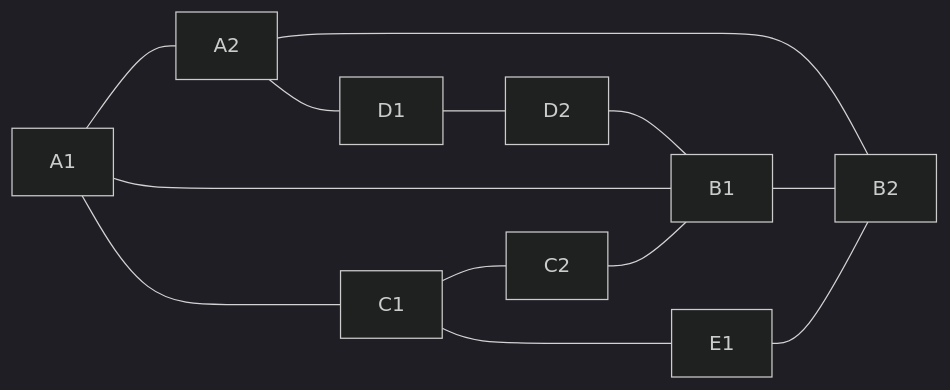
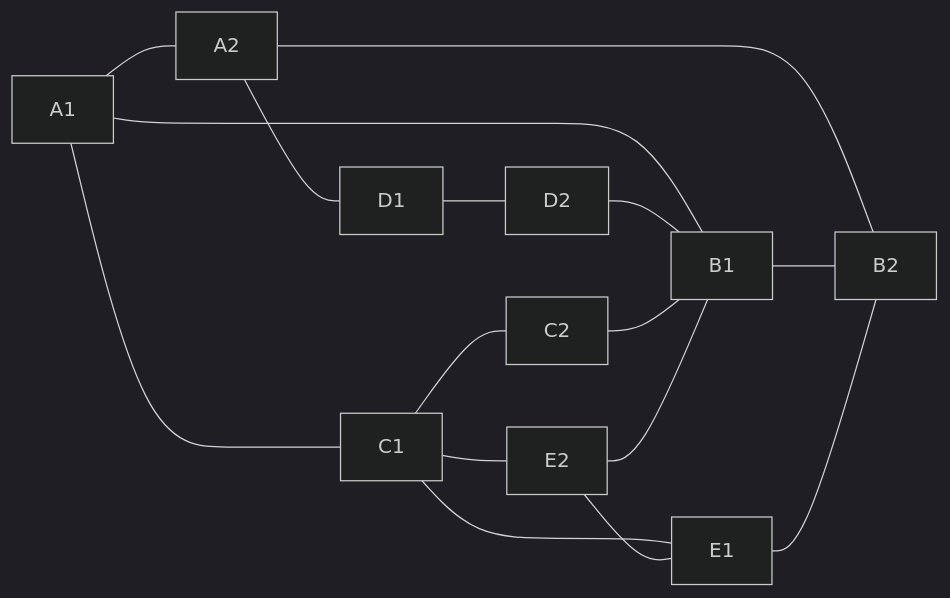
One commit to vante90/netauto-lab changed the diagram in docs/topology.md. Above: the diagram before and after it, drawn with Mermaid (dark theme). The commit also changed other lines of this file and 1 other file, not shown here.

````diff
--- a/docs/topology.md
+++ b/docs/topology.md
@@ -3,15 +3,18 @@
 ```mermaid
 graph LR
     A1 --- A2
     A1 --- B1
     A1 --- C1
     A2 --- B2
     B1 --- B2
     A2 --- D1
     D1 --- D2
     D2 --- B1
     C1 --- C2
     C2 --- B1
     C1 --- E1
     E1 --- B2
+    C1 --- E2
+    E2 --- E1
+    E2 --- B1
 ```
````
